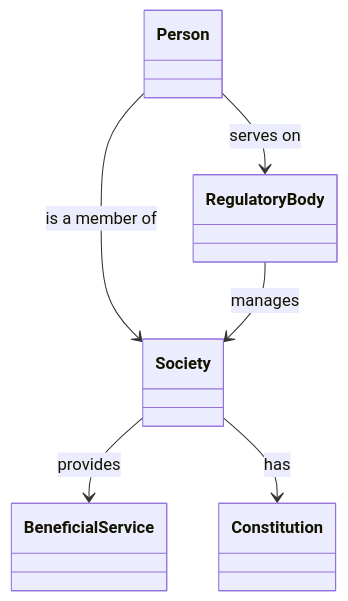
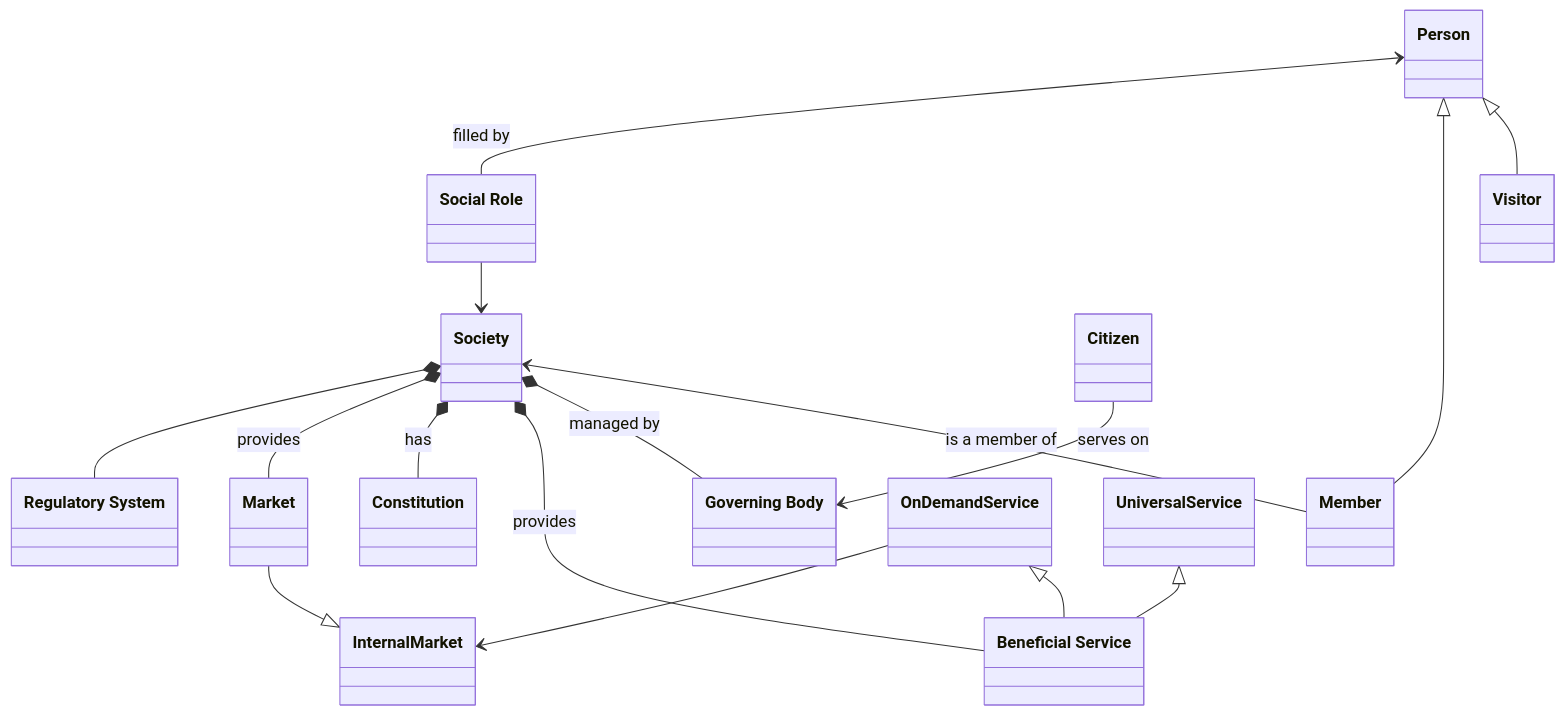
One commit to AgeTheGod/Post-Work-Society changed the diagram in DefinitionOfTerms/WhatISSociety.md. Above: the diagram before and after it, drawn with Mermaid. The commit also changed other lines of this file and 6 other files, not shown here.

````diff
--- a/DefinitionOfTerms/WhatISSociety.md
+++ b/DefinitionOfTerms/WhatISSociety.md
@@ -11,17 +11,31 @@
 ```mermaid
-classDiagram 
+classDiagram
+    class Society
+    class Person
+    class BeneficialService["Beneficial Service"]
+    class GoverningBody["Governing Body"]
+    class Constitution
+    class RegulatorySystem["Regulatory System"]
+    class SocialRole["Social Role"]
+    class Market
 
-    class Person
-    class Society
-    class BeneficialService
-    class RegulatoryBody
-    class Constitution
+    Person <|-- Visitor
+    Person <|-- Member
+
+    Society <-- Member : is a member of
+    Society *-- GoverningBody : managed by
+    Society *-- BeneficialService : provides
+    Society *-- Constitution : has
+    Society *-- Market : provides
+    Society *-- RegulatorySystem
+
+    Person <-- SocialRole : filled by
+    SocialRole --> Society
+    Citizen --> GoverningBody : serves on
+
+    OnDemandService <|-- BeneficialService
+    UniversalService <|-- BeneficialService
     
-    Person --> Society : is a member of
-    RegulatoryBody --> Society : manages
-    Person --> RegulatoryBody : serves on
-    Society --> BeneficialService : provides
-    Society --> Constitution : has
-
-%%    Society <|-- GeroPoliticalGroup : is a type of
+    Market --|> InternalMarket
+    OnDemandService --> InternalMarket
 ```
````
